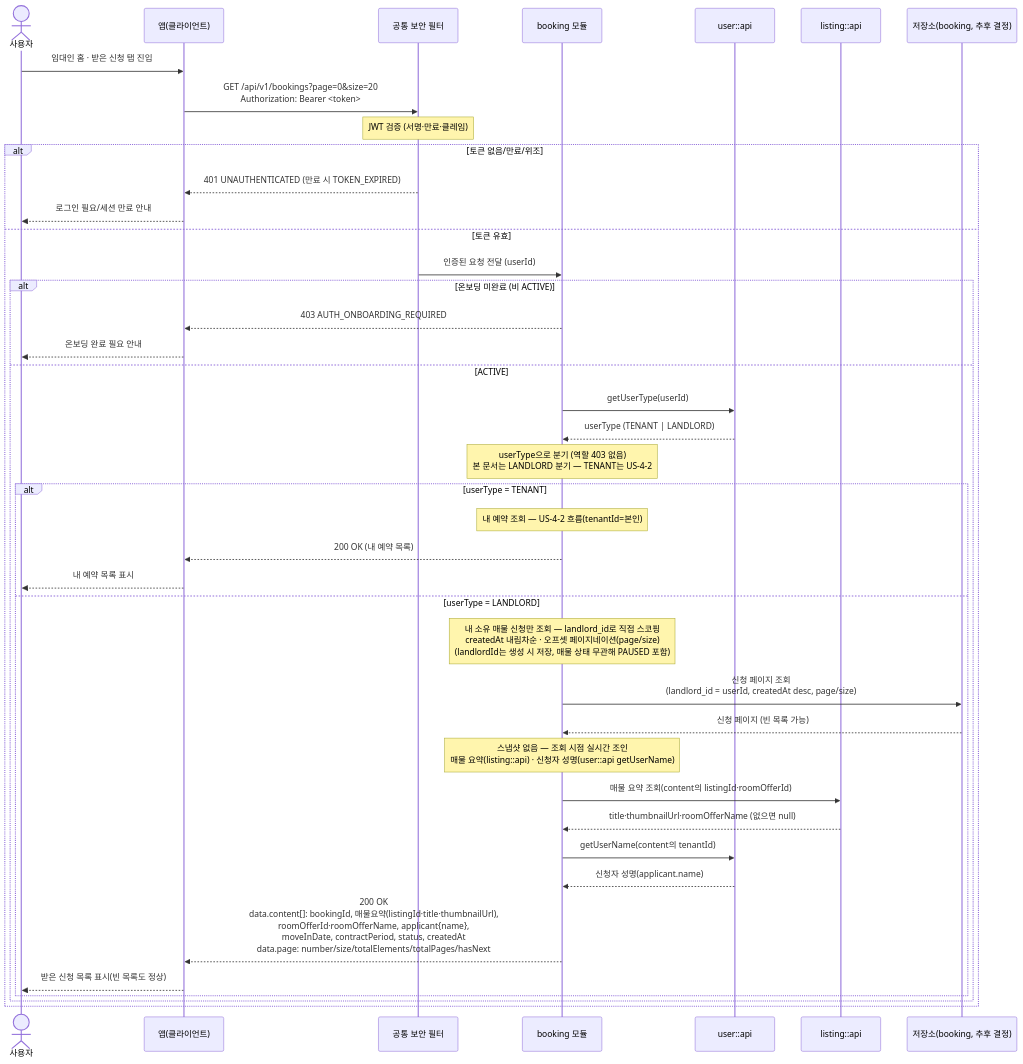
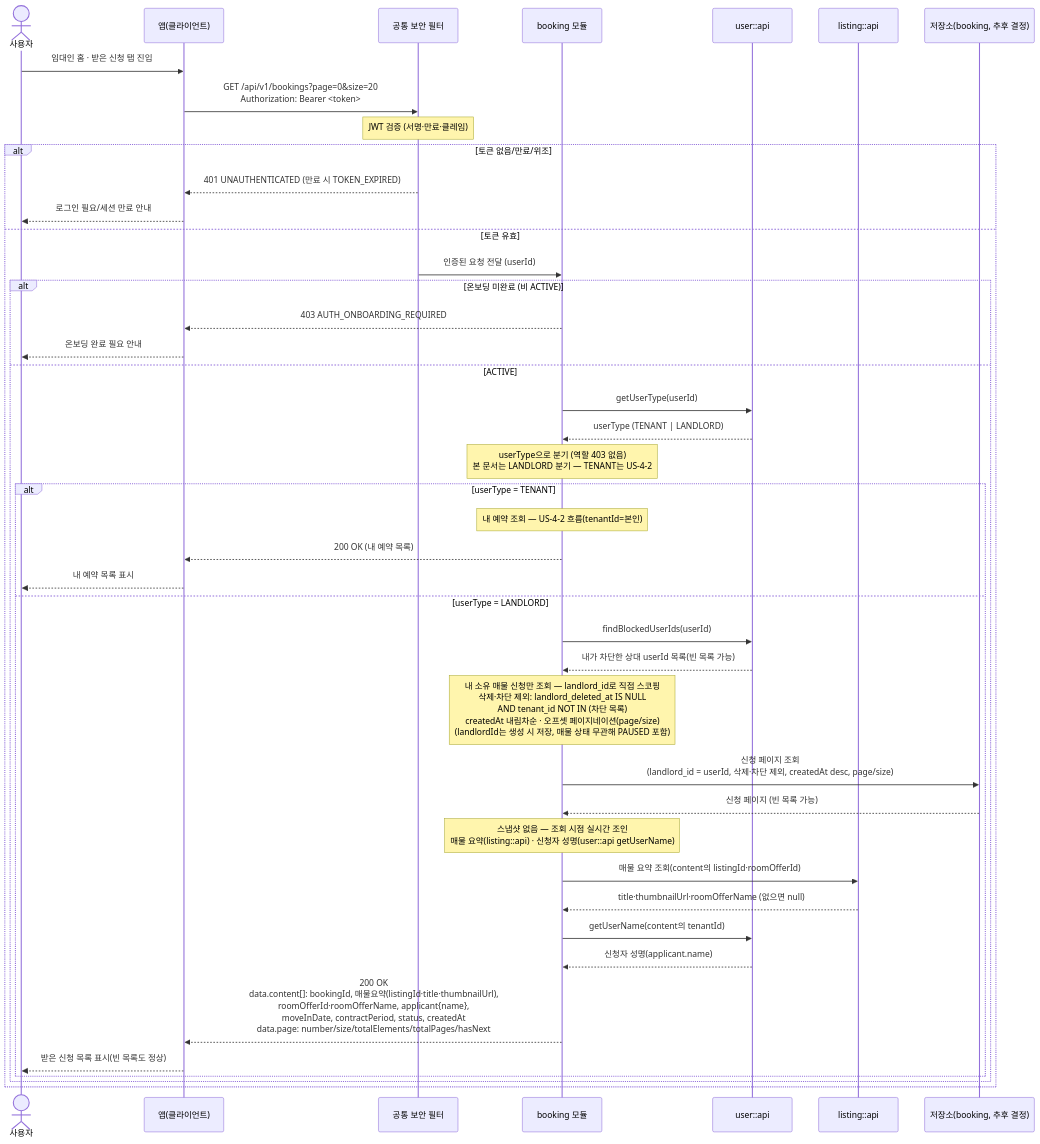
Before and after one commit to jameskim9509/Kohere-backend: the first of 2 diagrams in docs/architecture/sequence-diagrams/04-booking-inquiry-chat/us-4-6-landlord-booking-retrieve.md, drawn with Mermaid. The commit also changed other lines of this file and 17 other files, not shown here.

````diff
--- a/docs/architecture/sequence-diagrams/04-booking-inquiry-chat/us-4-6-landlord-booking-retrieve.md
+++ b/docs/architecture/sequence-diagrams/04-booking-inquiry-chat/us-4-6-landlord-booking-retrieve.md
@@ -11,47 +11,49 @@
 ```mermaid
 sequenceDiagram
     actor U as 사용자
     participant C as 앱(클라이언트)
     participant SEC as 공통 보안 필터
     participant BOOK as booking 모듈
     participant USER as user::api
     participant LIST as listing::api
     participant XDB as 저장소(booking, 추후 결정)
 
     U->>C: 임대인 홈 · 받은 신청 탭 진입
     C->>SEC: GET /api/v1/bookings?page=0&size=20<br/>Authorization: Bearer <token>
     Note over SEC: JWT 검증 (서명·만료·클레임)
 
     alt 토큰 없음/만료/위조
         SEC-->>C: 401 UNAUTHENTICATED (만료 시 TOKEN_EXPIRED)
         C-->>U: 로그인 필요/세션 만료 안내
     else 토큰 유효
         SEC->>BOOK: 인증된 요청 전달 (userId)
 
         alt 온보딩 미완료 (비 ACTIVE)
             BOOK-->>C: 403 AUTH_ONBOARDING_REQUIRED
             C-->>U: 온보딩 완료 필요 안내
         else ACTIVE
             BOOK->>USER: getUserType(userId)
             USER-->>BOOK: userType (TENANT | LANDLORD)
             Note over BOOK: userType으로 분기 (역할 403 없음)<br/>본 문서는 LANDLORD 분기 — TENANT는 US-4-2
 
             alt userType = TENANT
                 Note over BOOK: 내 예약 조회 — US-4-2 흐름(tenantId=본인)
                 BOOK-->>C: 200 OK (내 예약 목록)
                 C-->>U: 내 예약 목록 표시
             else userType = LANDLORD
-                Note over BOOK: 내 소유 매물 신청만 조회 — landlord_id로 직접 스코핑<br/>createdAt 내림차순 · 오프셋 페이지네이션(page/size)<br/>(landlordId는 생성 시 저장, 매물 상태 무관해 PAUSED 포함)
-                BOOK->>XDB: 신청 페이지 조회<br/>(landlord_id = userId, createdAt desc, page/size)
+                BOOK->>USER: findBlockedUserIds(userId)
+                USER-->>BOOK: 내가 차단한 상대 userId 목록(빈 목록 가능)
+                Note over BOOK: 내 소유 매물 신청만 조회 — landlord_id로 직접 스코핑<br/>삭제·차단 제외: landlord_deleted_at IS NULL<br/>AND tenant_id NOT IN (차단 목록)<br/>createdAt 내림차순 · 오프셋 페이지네이션(page/size)<br/>(landlordId는 생성 시 저장, 매물 상태 무관해 PAUSED 포함)
+                BOOK->>XDB: 신청 페이지 조회<br/>(landlord_id = userId, 삭제·차단 제외, createdAt desc, page/size)
                 XDB-->>BOOK: 신청 페이지 (빈 목록 가능)
                 Note over BOOK: 스냅샷 없음 — 조회 시점 실시간 조인<br/>매물 요약(listing::api) · 신청자 성명(user::api getUserName)
                 BOOK->>LIST: 매물 요약 조회(content의 listingId·roomOfferId)
                 LIST-->>BOOK: title·thumbnailUrl·roomOfferName (없으면 null)
                 BOOK->>USER: getUserName(content의 tenantId)
                 USER-->>BOOK: 신청자 성명(applicant.name)
                 BOOK-->>C: 200 OK<br/>data.content[]: bookingId, 매물요약(listingId·title·thumbnailUrl),<br/>roomOfferId·roomOfferName, applicant{name},<br/>moveInDate, contractPeriod, status, createdAt<br/>data.page: number/size/totalElements/totalPages/hasNext
                 C-->>U: 받은 신청 목록 표시(빈 목록도 정상)
             end
         end
     end
 ```
````
